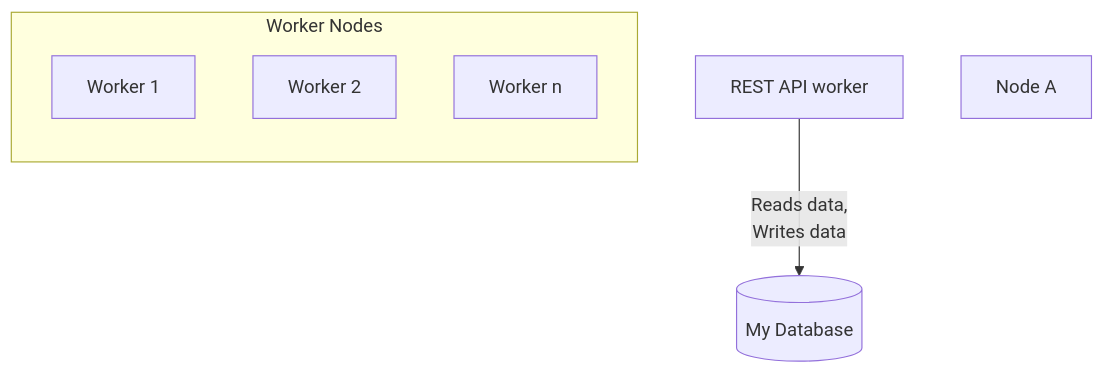
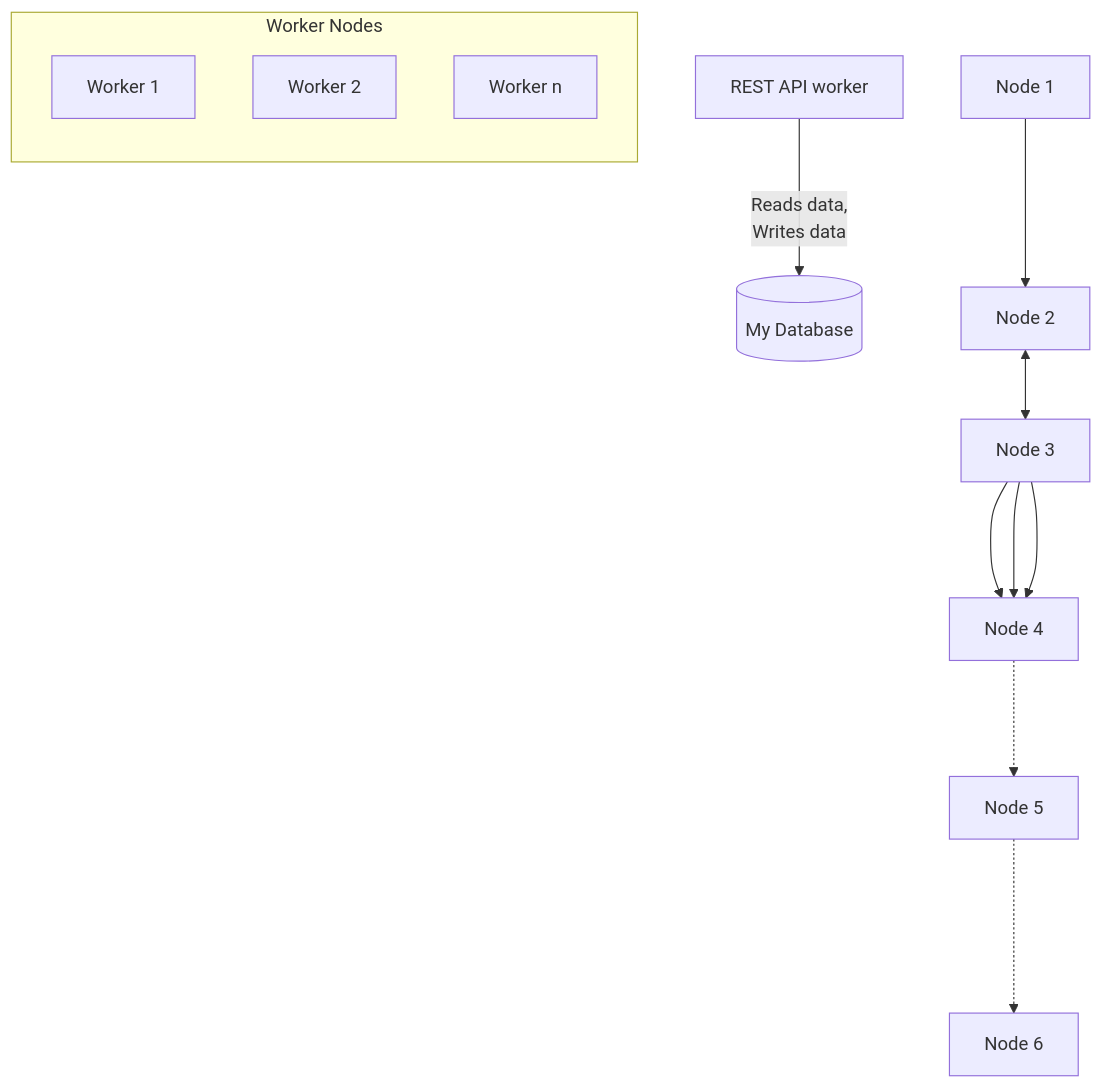
One commit to langenhagen/protofiles changed the first of 2 diagrams in mermaid_proto.md. Above: the diagram before and after it, drawn with Mermaid.

Commit message:
Extend mermaid_proto.md

````diff
--- a/mermaid_proto.md
+++ b/mermaid_proto.md
@@ -6,24 +6,37 @@
 ```mermaid
 %% Ima comment
 
 %% top-down
 graph TB
 %% TB - top bottom
 %% BT - bottom top
 %% RL - right left
 %% LR - left right
 %% TD - same as TB
 
 API[REST API worker]
 DB[(My Database)]
 API -->|Reads data,\nWrites data| DB
 
-subgraph "Worker Nodes"
+subgraph W[Worker Nodes]
     direction TB  %% apparently, TD does not work in directions
     W1[Worker 1]
     W2[Worker 2]
     Wn[Worker n]
 end
 
-X[Node A]:::This_is_a_des
+N1[Node 1]:::This_is_a_description_dont_know_what_its_good_for
+N2[Node 2]
+N3[Node 3]
+N4[Node 4]
+N5[Node 5]
+N6[Node 6]
+
+N1 --> N2
+N2 <--> N3
+N3 ---> N4
+N3 ---> N4
+N3 ---> N4
+N4 -..-> N5
+N5 ...-> N6
 ```
````
